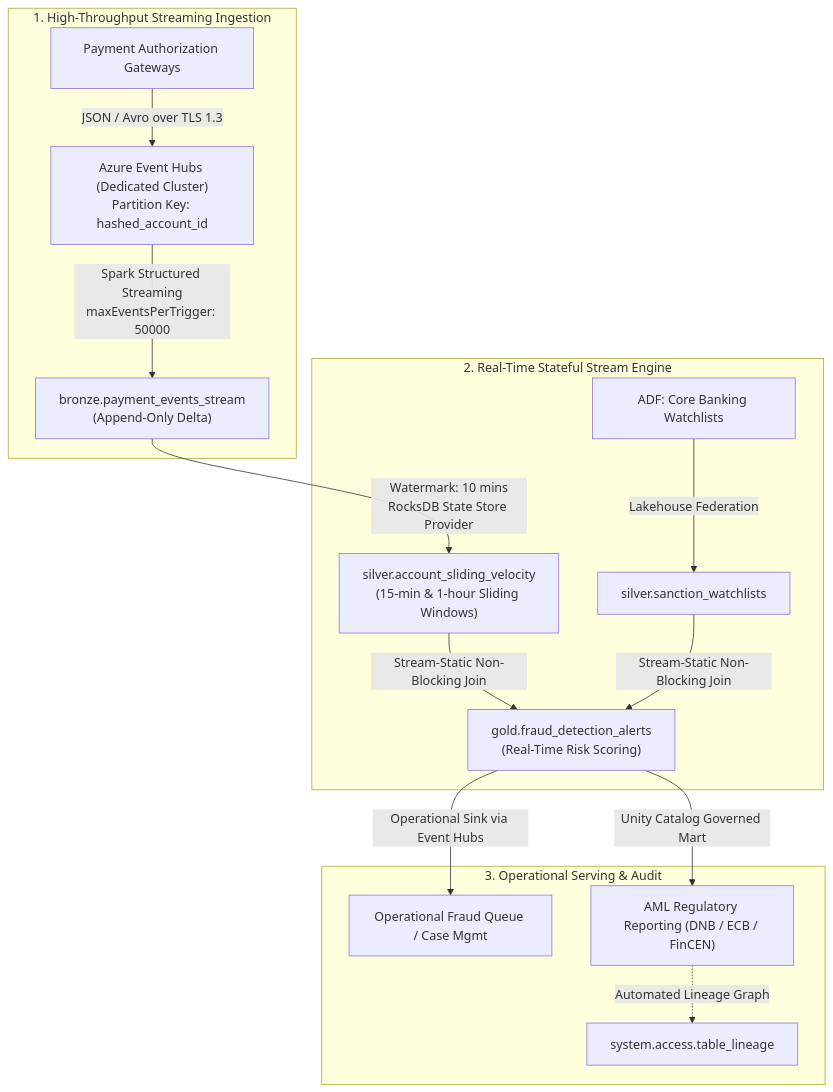
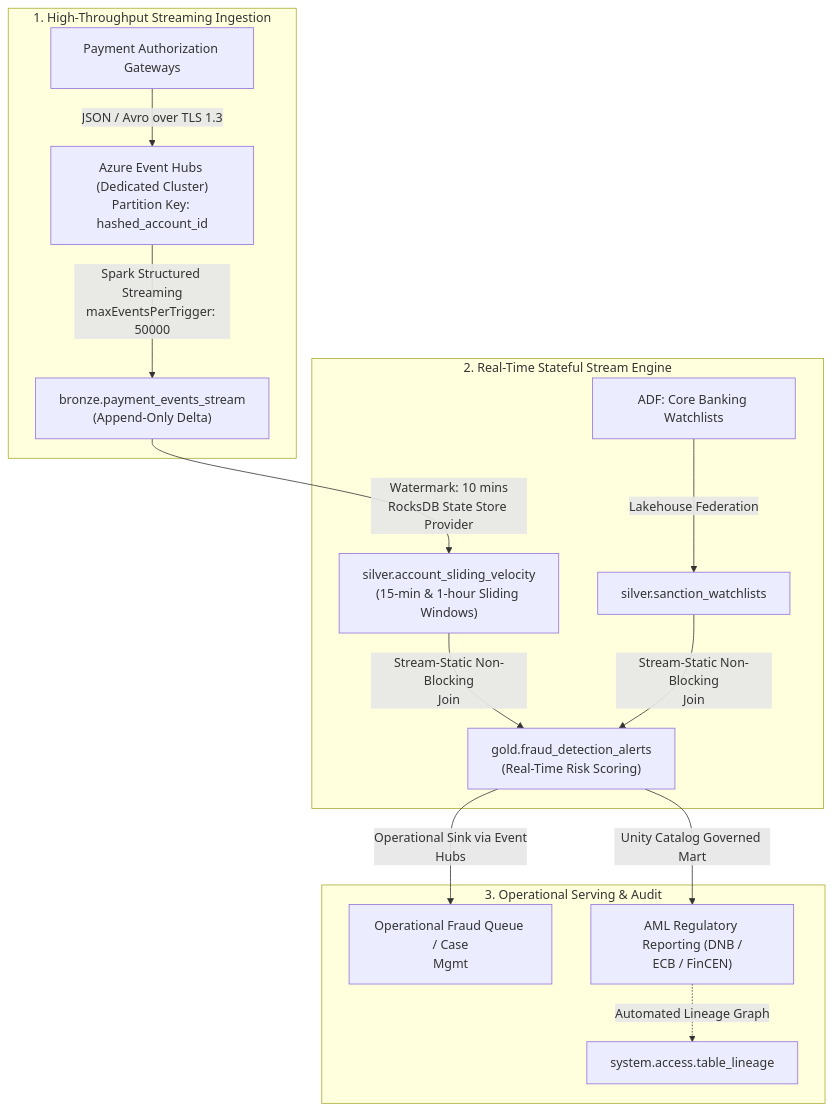
The diagram in docs/02_realtime_payments_fraud_aml.md (santoshjammi29/azure-databricks-project-blueprints), drawn with Mermaid before and after one commit. The commit also changed 4 other files, not shown here.

Commit message:
fix(diagrams): word-wrap labels and escape comparison operators across all diagrams

````diff
--- a/docs/02_realtime_payments_fraud_aml.md
+++ b/docs/02_realtime_payments_fraud_aml.md
@@ -12,25 +12,25 @@
 ```mermaid
 flowchart TD
     subgraph STREAM_INGEST["1. High-Throughput Streaming Ingestion"]
-        PAY["Payment Authorization Gateways"] -->|JSON / Avro over TLS 1.3| EH["Azure Event Hubs (Dedicated Cluster)
+        PAY["Payment Authorization Gateways"] -->|"JSON / Avro over TLS 1.3"| EH["Azure Event Hubs (Dedicated Cluster)
 Partition Key: hashed_account_id"]
         EH -->|Spark Structured Streaming
 maxEventsPerTrigger: 50000| BRZ_PAY["bronze.payment_events_stream
 (Append-Only Delta)"]
     end
 
     subgraph FRAUD_ENGINE["2. Real-Time Stateful Stream Engine"]
         BRZ_PAY -->|Watermark: 10 mins
 RocksDB State Store Provider| SLV_VELOCITY["silver.account_sliding_velocity
 (15-min & 1-hour Sliding Windows)"]
         REF["ADF: Core Banking Watchlists"] -->|Lakehouse Federation| EXT["silver.sanction_watchlists"]
-        SLV_VELOCITY & EXT -->|Stream-Static Non-Blocking Join| GLD_ALERTS["gold.fraud_detection_alerts
+        SLV_VELOCITY & EXT -->|"Stream-Static Non-Blocking<br/>Join"| GLD_ALERTS["gold.fraud_detection_alerts
 (Real-Time Risk Scoring)"]
     end
 
     subgraph ACTION_DISPOSITION["3. Operational Serving & Audit"]
-        GLD_ALERTS -->|Operational Sink via Event Hubs| OPS["Operational Fraud Queue / Case Mgmt"]
-        GLD_ALERTS -->|Unity Catalog Governed Mart| AUDIT["AML Regulatory Reporting (DNB / ECB / FinCEN)"]
+        GLD_ALERTS -->|"Operational Sink via Event<br/>Hubs"| OPS["Operational Fraud Queue / Case<br/>Mgmt"]
+        GLD_ALERTS -->|Unity Catalog Governed Mart| AUDIT["AML Regulatory Reporting (DNB /<br/>ECB / FinCEN)"]
         AUDIT -.->|Automated Lineage Graph| UC_TRACE["system.access.table_lineage"]
     end
 ```
````
